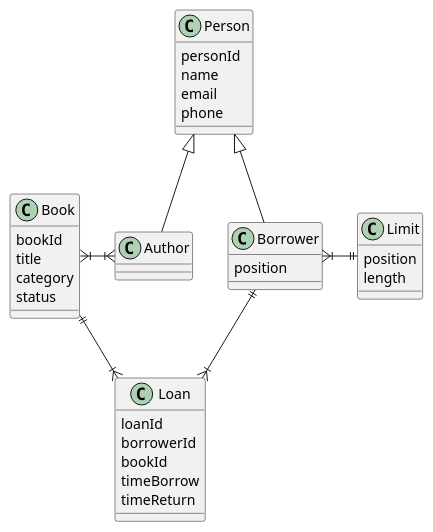
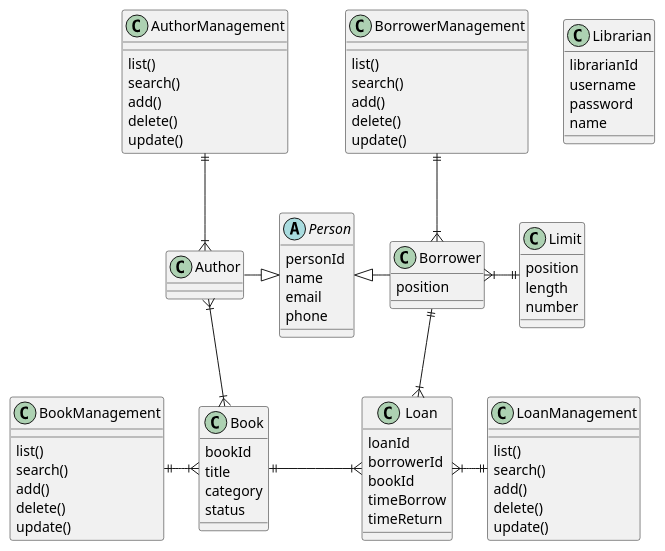
Before and after one commit to iam-nhi-nguyen/library-management: the diagram in src/main/plain/LibraryManagement.puml, drawn with PlantUML. The commit also changed 35 other files, not shown here.

```diff
--- a/src/main/plain/LibraryManagement.puml
+++ b/src/main/plain/LibraryManagement.puml
@@ -1,47 +1,87 @@
 @startuml
 'https://plantuml.com/class-diagram
 
-class Person {
+abstract class Person {
     personId
     name
     email
     phone
 }
-
 class Borrower {
     position
 }
-Person <|-- Borrower
-
+class BorrowerManagement {
+    list()
+    search()
+    add()
+    delete()
+    update()
+}
 class Author
-Person <|-- Author
+class AuthorManagement {
+    list()
+    search()
+    add()
+    delete()
+    update()
+}
 
 class Book {
     bookId
     title
     category
     status
 }
+class BookManagement {
+    list()
+    search()
+    add()
+    delete()
+    update()
+}
 
-Book }|-|{ Author
 
 class Loan {
     loanId
     borrowerId
     bookId
     timeBorrow
     timeReturn
 }
-
-Borrower ||--|{ Loan
-Book ||--|{ Loan
+class LoanManagement {
+    list()
+    search()
+    add()
+    delete()
+    update()
+}
 
 class Limit {
     position
     length
+    number
 }
+
+class Librarian {
+    librarianId
+    username
+    password
+    name
+}
+
+Person <|-r- Borrower
+Person <|-l- Author
+
+Author }|--|{ Book
+
+Loan }|-u-|| Borrower
+Loan }|-l-|| Book
 
 Borrower }|-|| Limit
 
+BorrowerManagement ||-d-|{ Borrower
+AuthorManagement ||-d-|{ Author
+BookManagement ||-r-|{ Book
+LoanManagement ||-l-|{ Loan
 
 @enduml
```
